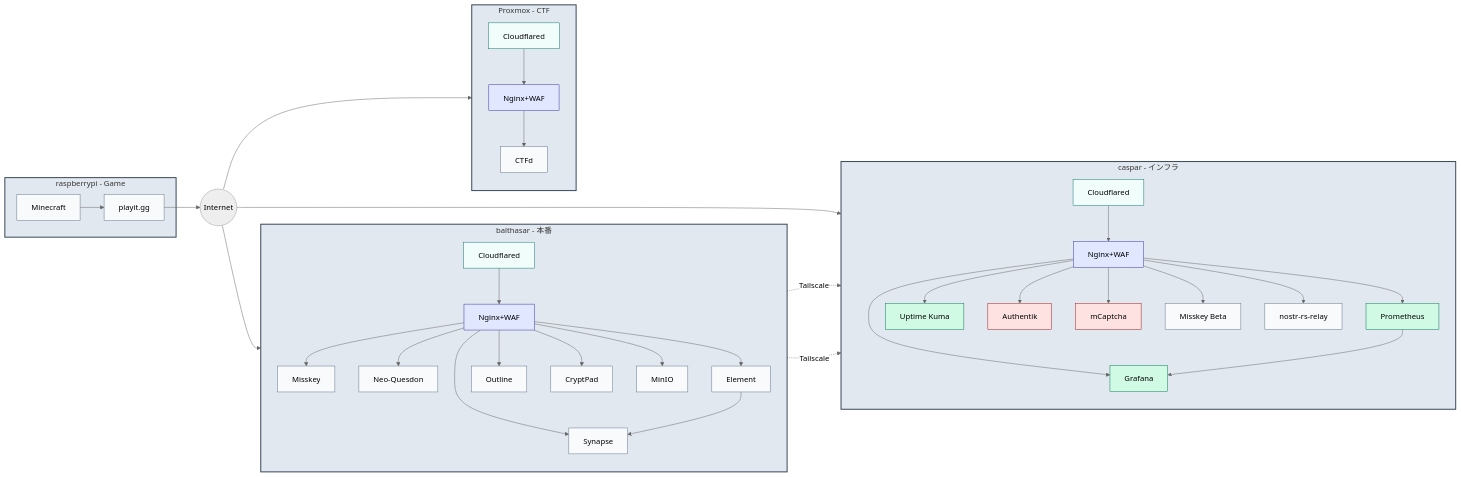
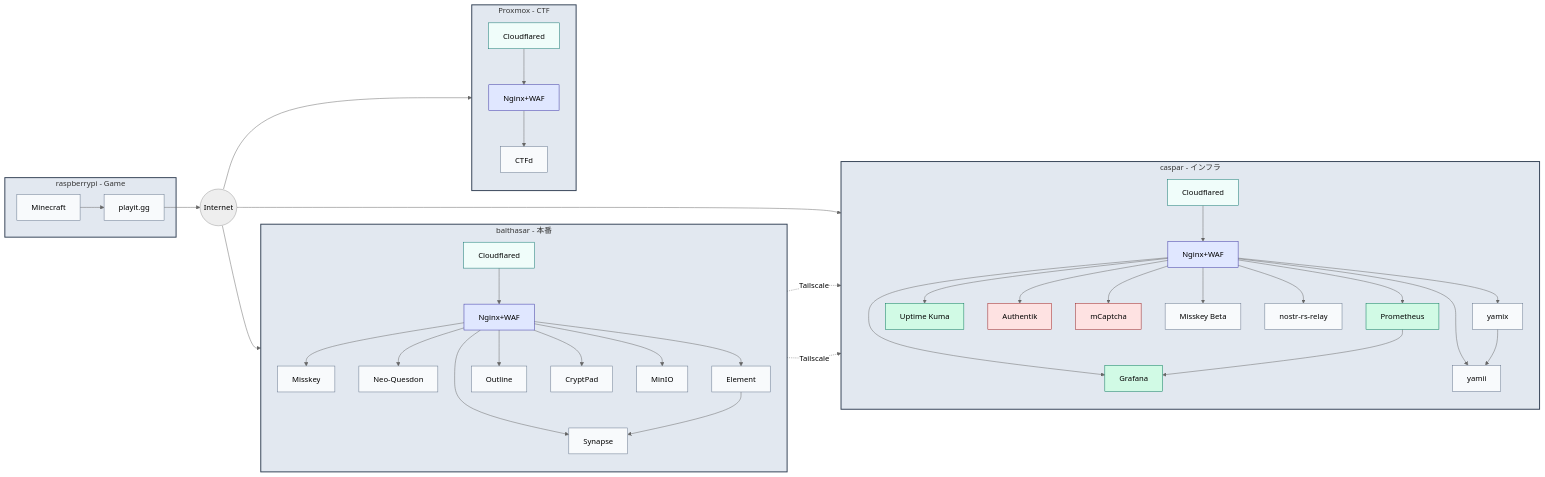
The first of 5 diagrams in README.md (yamisskey-dev/yamisskey-host), drawn with Mermaid (neutral theme) before and after one commit.

Commit message:
Add yamix and yamii to caspar service architecture

````diff
--- a/README.md
+++ b/README.md
@@ -5,57 +5,60 @@
 ```mermaid
 graph LR
     classDef server fill:#e2e8f0,stroke:#334155,stroke-width:2px
     classDef cf fill:#f0fdfa,stroke:#0f766e
     classDef proxy fill:#e0e7ff,stroke:#3730a3
     classDef sec fill:#fee2e2,stroke:#991b1b
     classDef mon fill:#d1fae5,stroke:#047857
     classDef svc fill:#f8fafc,stroke:#64748b
 
     internet((Internet))
 
     subgraph balthasar[balthasar - 本番]
         direction TB
         cf_b[Cloudflared]:::cf --> nginx_b[Nginx+WAF]:::proxy
 
         nginx_b --> misskey[Misskey]:::svc
         nginx_b --> neoquesdon[Neo-Quesdon]:::svc
         nginx_b --> synapse[Synapse]:::svc
         nginx_b --> element[Element]:::svc
         nginx_b --> outline[Outline]:::svc
         nginx_b --> cryptpad[CryptPad]:::svc
         nginx_b --> minio[MinIO]:::svc
     end
 
     subgraph caspar[caspar - インフラ]
         direction TB
         cf_c[Cloudflared]:::cf --> nginx_c[Nginx+WAF]:::proxy
 
         nginx_c --> prometheus[Prometheus]:::mon
         nginx_c --> grafana[Grafana]:::mon
         nginx_c --> uptime[Uptime Kuma]:::mon
         nginx_c --> authentik[Authentik]:::sec
         nginx_c --> mcaptcha[mCaptcha]:::sec
         nginx_c --> misskey_beta[Misskey Beta]:::svc
         nginx_c --> nostr[nostr-rs-relay]:::svc
+        nginx_c --> yamix[yamix]:::svc
+        nginx_c --> yamii[yamii]:::svc
+        yamix --> yamii
     end
 
     subgraph rpi[raspberrypi - Game]
         minecraft[Minecraft]:::svc --> playig[playit.gg]:::svc
     end
 
     subgraph proxmox[Proxmox - CTF]
         direction TB
         cf_p[Cloudflared]:::cf --> nginx_p[Nginx+WAF]:::proxy
         nginx_p --> ctfd[CTFd]:::svc
     end
 
     internet --> cf_b & cf_c & cf_p
     playig --> internet
 
     misskey -.->|Tailscale| mcaptcha
     outline -.->|Tailscale| authentik
     element --> synapse
     prometheus --> grafana
 
     class balthasar,caspar,rpi,proxmox server
 ```
````
